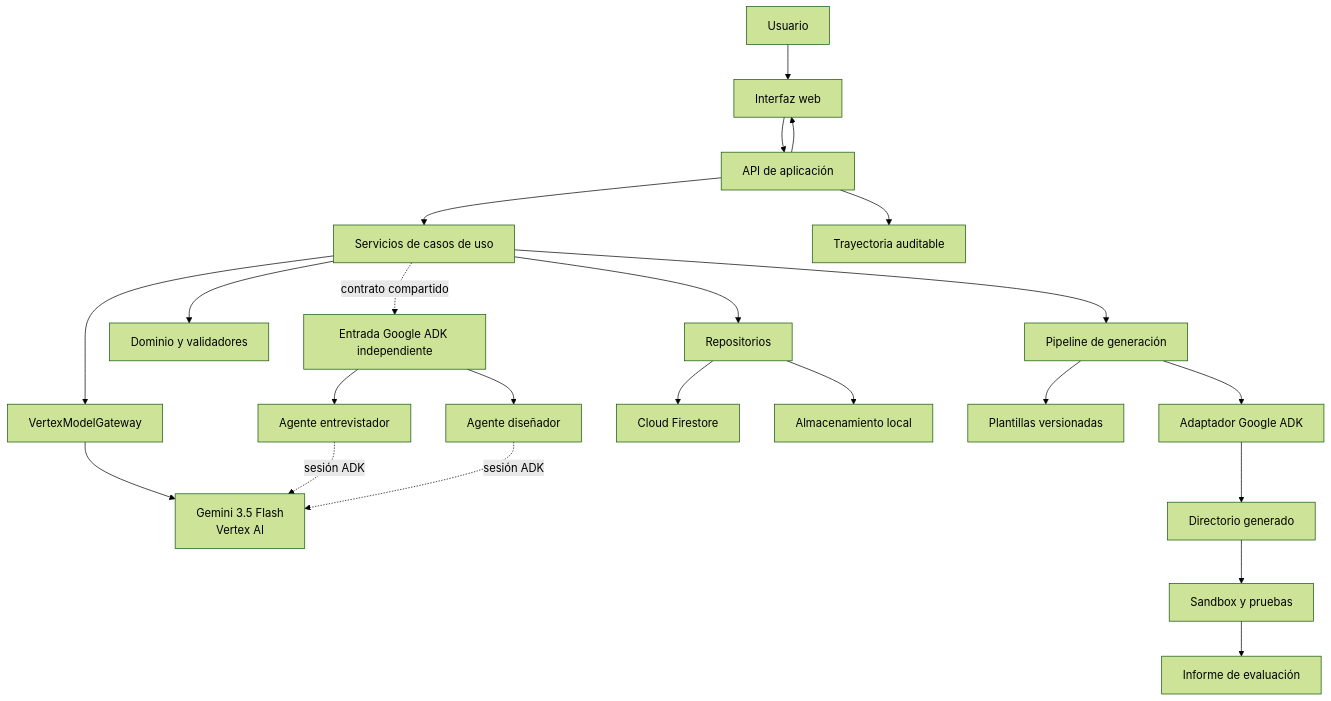
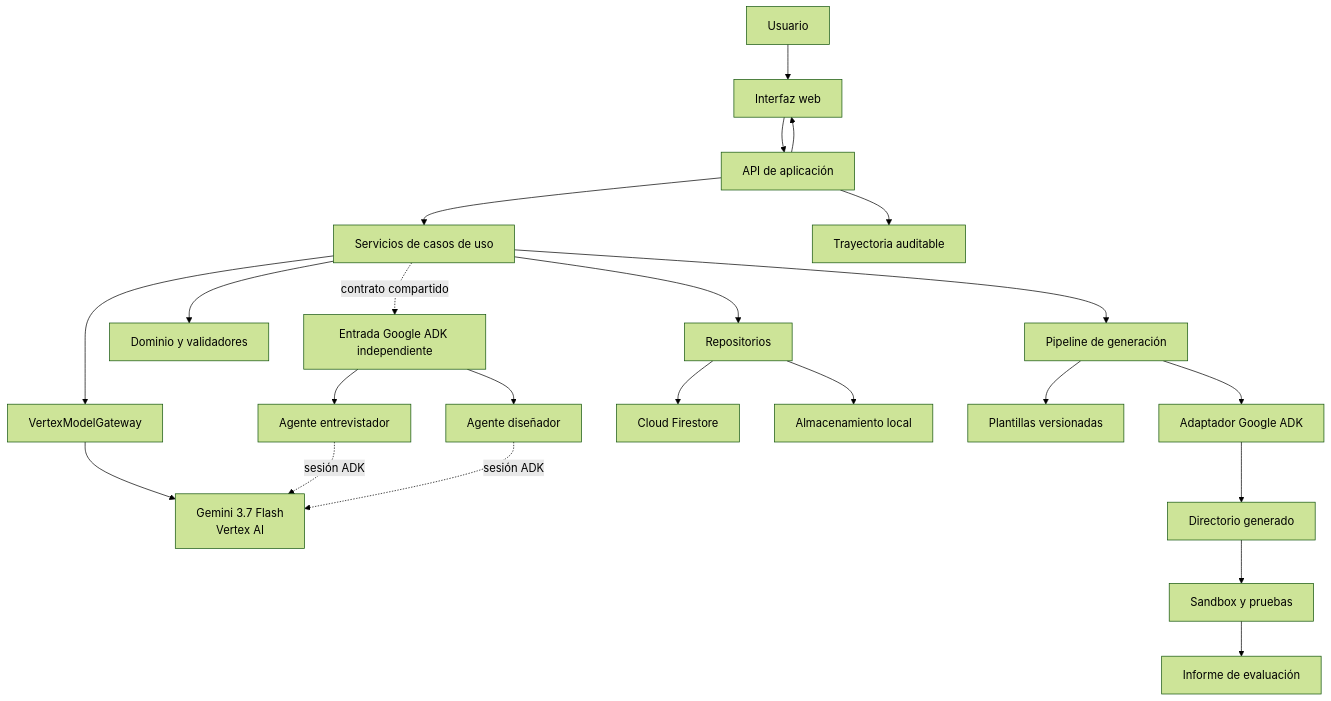
One commit to JavierMurcia/collaborative-taskmaster-studio changed the first of 8 diagrams in docs/03_ARQUITECTURA_IMPLEMENTACION.md. Above: the diagram before and after it, drawn with Mermaid (forest theme). The commit also changed other lines of this file and 17 other files, not shown here.

````diff
--- a/docs/03_ARQUITECTURA_IMPLEMENTACION.md
+++ b/docs/03_ARQUITECTURA_IMPLEMENTACION.md
@@ -53,25 +56,25 @@
 ```mermaid
 flowchart TB
     USER["Usuario"] --> WEB["Interfaz web"]
     WEB --> API["API de aplicación"]
     API --> APP["Servicios de casos de uso"]
     APP --> MODEL_GATEWAY["VertexModelGateway"]
-    MODEL_GATEWAY --> GEMINI["Gemini 3.5 Flash\nVertex AI"]
+    MODEL_GATEWAY --> GEMINI["Gemini 3.7 Flash\nVertex AI"]
     APP -. contrato compartido .-> ORCH["Entrada Google ADK independiente"]
     ORCH --> INTERVIEWER["Agente entrevistador"]
     ORCH --> DESIGNER["Agente diseñador"]
     INTERVIEWER -. sesión ADK .-> GEMINI
     DESIGNER -. sesión ADK .-> GEMINI
     APP --> DOMAIN["Dominio y validadores"]
     APP --> REPOSITORY["Repositorios"]
     REPOSITORY --> FIRESTORE["Cloud Firestore"]
     REPOSITORY --> LOCAL["Almacenamiento local"]
     APP --> PIPELINE["Pipeline de generación"]
     PIPELINE --> TEMPLATES["Plantillas versionadas"]
     PIPELINE --> ADAPTER["Adaptador Google ADK"]
     ADAPTER --> WORKSPACE["Directorio generado"]
     WORKSPACE --> SANDBOX["Sandbox y pruebas"]
     SANDBOX --> REPORT["Informe de evaluación"]
     API --> EVENTS["Trayectoria auditable"]
     API --> WEB
 ```
````
